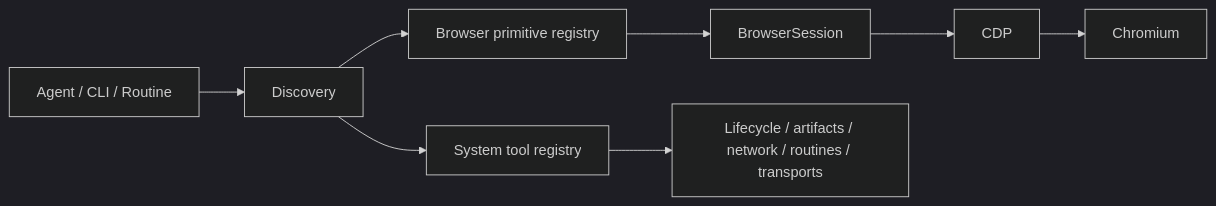
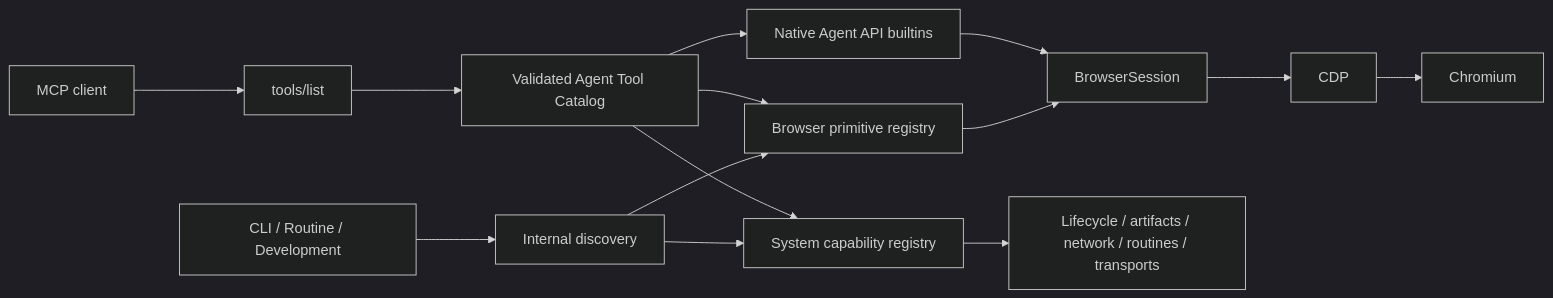
The first of 2 diagrams in docs/ARCHITECTURE.md (FabioFlorey/jelly), drawn with Mermaid (dark theme) before and after one commit. The commit also changed other lines of this file and 64 other files, not shown here.

Commit message:
feat: add agent API surfaces and browser runtime infrastructure

````diff
--- a/docs/ARCHITECTURE.md
+++ b/docs/ARCHITECTURE.md
@@ -7,10 +7,16 @@
 ```mermaid
 flowchart LR
-    A[Agent / CLI / Routine] --> D[Discovery]
+    A[CLI / Routine / Development] --> D[Internal discovery]
     D --> P[Browser primitive registry]
-    D --> S[System tool registry]
+    D --> S[System capability registry]
+    M[MCP client] --> L[tools/list]
+    L --> G[Validated Agent Tool Catalog]
+    G --> P
+    G --> S
+    G --> N[Native Agent API builtins]
     P --> B[BrowserSession]
+    N --> B
     B --> C[CDP]
     C --> E[Chromium]
     S --> X[Lifecycle / artifacts / network / routines / transports]
 ```
````
